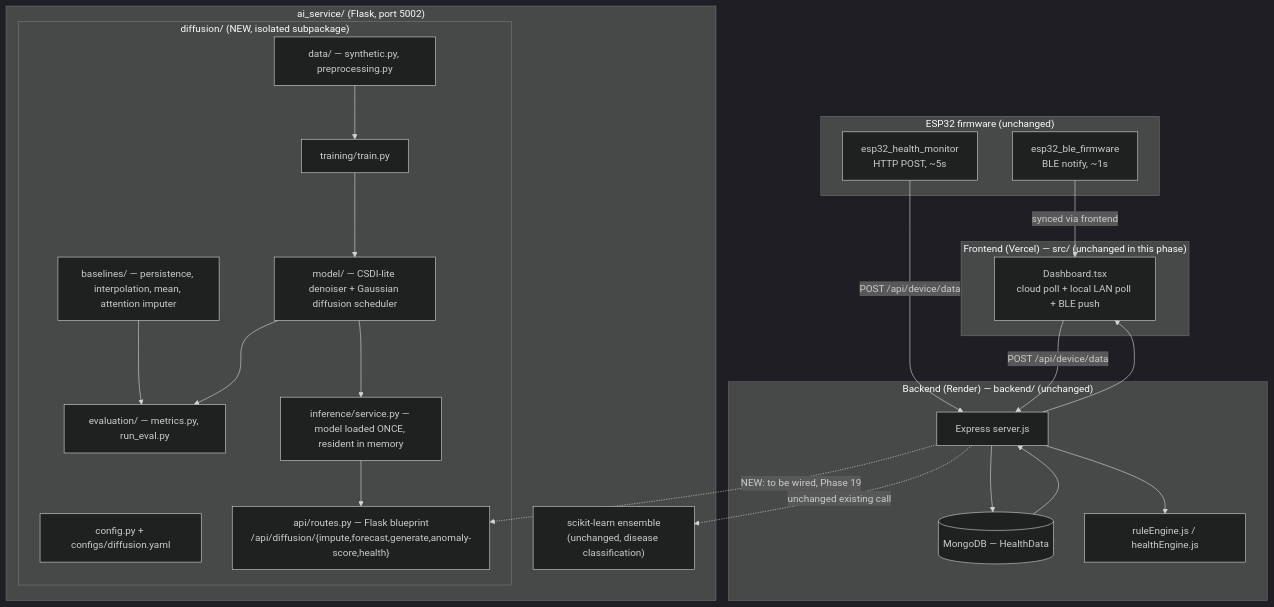
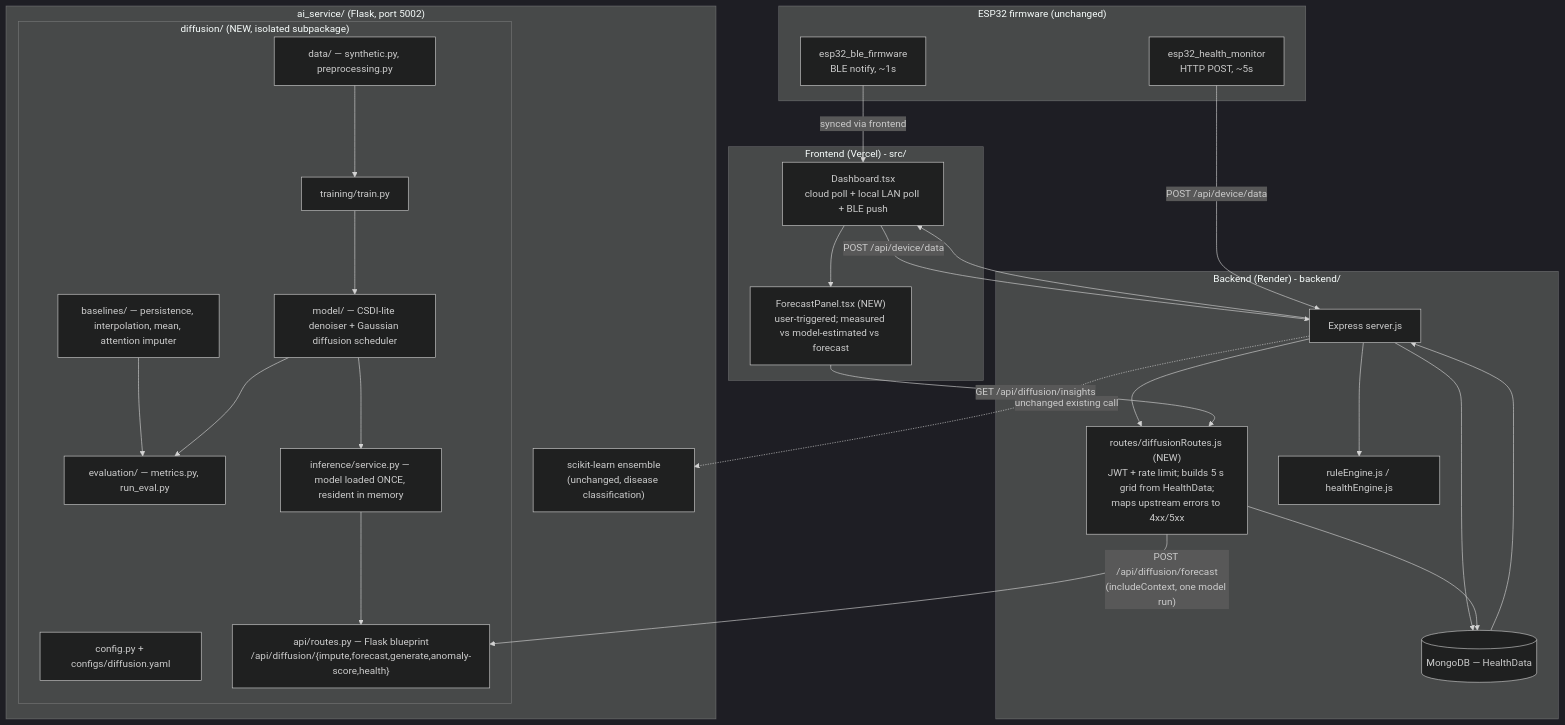
The diagram in docs/ARCHITECTURE_AFTER.md (saisyam-1729/Healthpulse), drawn with Mermaid (dark theme) before and after one commit. The commit also changed other lines of this file and 3 other files, not shown here.

````diff
--- a/docs/ARCHITECTURE_AFTER.md
+++ b/docs/ARCHITECTURE_AFTER.md
@@ -3,47 +3,57 @@
 ```mermaid
 flowchart TD
     subgraph Firmware["ESP32 firmware (unchanged)"]
         BLE["esp32_ble_firmware\nBLE notify, ~1s"]
         WIFI["esp32_health_monitor\nHTTP POST, ~5s"]
     end
 
-    subgraph FE["Frontend (Vercel) — src/ (unchanged in this phase)"]
+    subgraph FE["Frontend (Vercel) - src/"]
         DASH["Dashboard.tsx\ncloud poll + local LAN poll + BLE push"]
+        FP["ForecastPanel.tsx (NEW)
+user-triggered; measured vs model-estimated vs forecast"]
     end
 
-    subgraph BE["Backend (Render) — backend/ (unchanged)"]
+    subgraph BE["Backend (Render) - backend/"]
         EXPRESS["Express server.js"]
+        PROXY["routes/diffusionRoutes.js (NEW)
+JWT + rate limit; builds 5 s grid from HealthData;
+maps upstream errors to 4xx/5xx"]
         MONGO[("MongoDB — HealthData")]
         RULES["ruleEngine.js / healthEngine.js"]
     end
 
     subgraph AI["ai_service/ (Flask, port 5002)"]
         FLASK["scikit-learn ensemble\n(unchanged, disease classification)"]
         subgraph DIFF["diffusion/ (NEW, isolated subpackage)"]
             CFG["config.py + configs/diffusion.yaml"]
             DATA["data/ — synthetic.py, preprocessing.py"]
             MODEL["model/ — CSDI-lite denoiser + Gaussian diffusion scheduler"]
             BASE["baselines/ — persistence, interpolation, mean, attention imputer"]
             EVAL["evaluation/ — metrics.py, run_eval.py"]
             TRAIN["training/train.py"]
             INFER["inference/service.py — model loaded ONCE, resident in memory"]
             API["api/routes.py — Flask blueprint\n/api/diffusion/{impute,forecast,generate,anomaly-score,health}"]
         end
     end
 
     BLE -->|"synced via frontend"| DASH
     WIFI -->|"POST /api/device/data"| EXPRESS
     DASH -->|"POST /api/device/data"| EXPRESS
     EXPRESS --> MONGO
     EXPRESS --> RULES
     EXPRESS -.->|"unchanged existing call"| FLASK
-    EXPRESS -.->|"NEW: to be wired, Phase 19"| API
+    EXPRESS --> PROXY
+    PROXY -->|"POST /api/diffusion/forecast
+(includeContext, one model run)"| API
+    PROXY --> MONGO
+    DASH --> FP
+    FP -->|"GET /api/diffusion/insights"| PROXY
     MONGO --> EXPRESS --> DASH
 
     TRAIN --> MODEL
     MODEL --> INFER
     INFER --> API
     DATA --> TRAIN
     BASE --> EVAL
     MODEL --> EVAL
 ```
````
